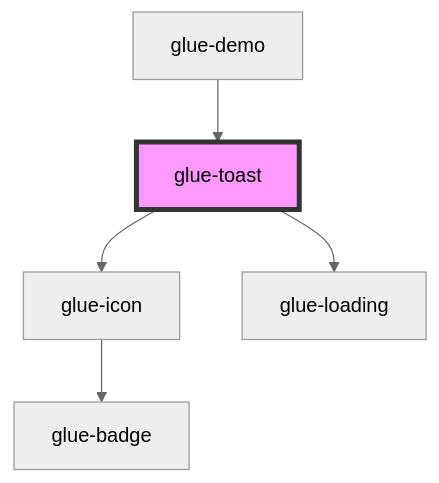
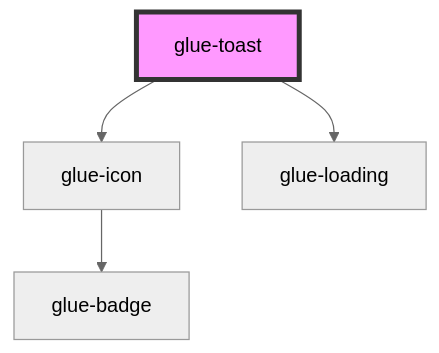
The diagram in packages/glue-components/src/components/glue-toast/readme.md (grasilife/glue), drawn with Mermaid (neutral theme) before and after one commit. The commit also changed other lines of this file and 10 other files, not shown here.

````diff
--- a/packages/glue-components/src/components/glue-toast/readme.md
+++ b/packages/glue-components/src/components/glue-toast/readme.md
@@ -53,8 +49,7 @@
 ```mermaid
 graph TD;
   glue-toast --> glue-icon
   glue-toast --> glue-loading
   glue-icon --> glue-badge
-  glue-demo --> glue-toast
   style glue-toast fill:#f9f,stroke:#333,stroke-width:4px
 ```
````
